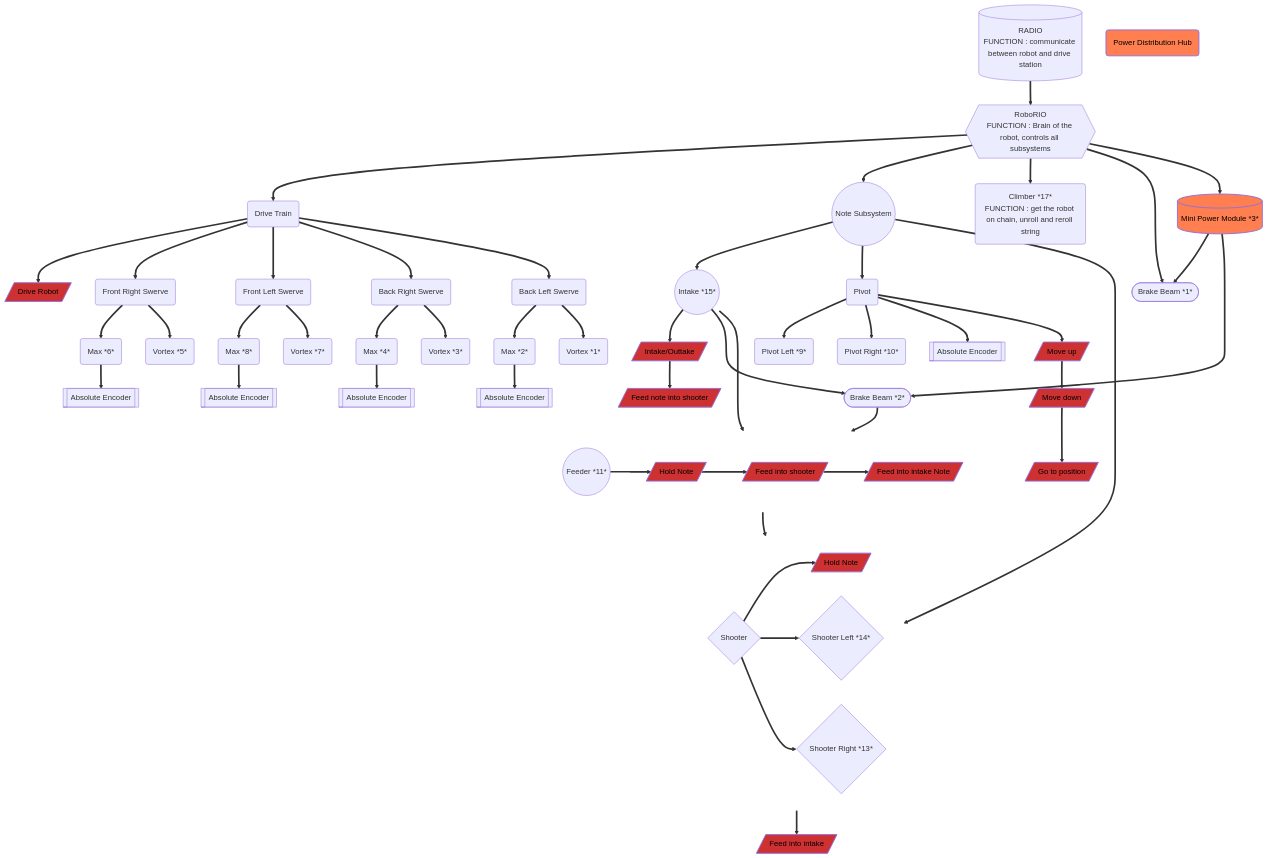
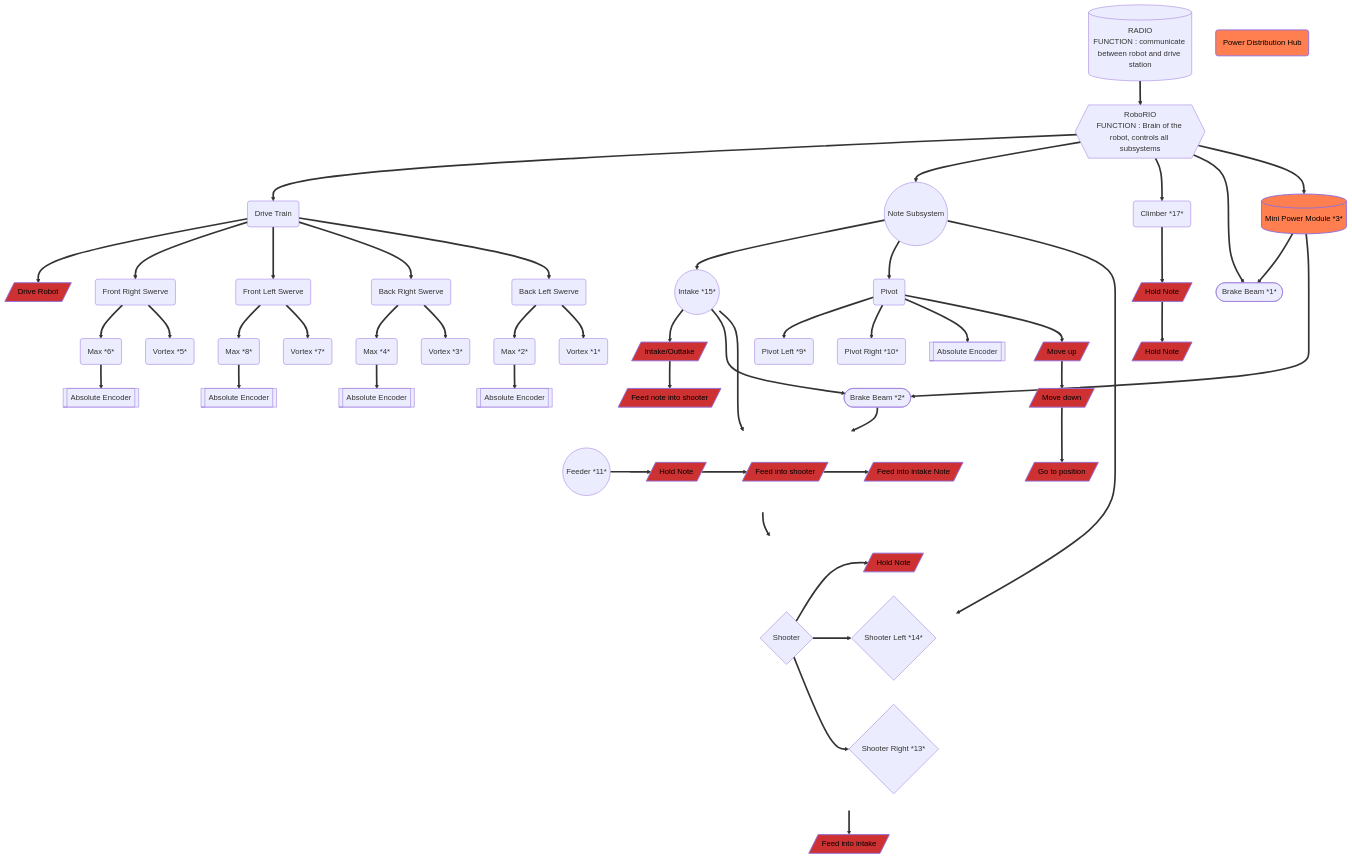
One commit to richardson-area-wide-robotics/Frc24-Crescendo-1745-OffSeason-AdvantageKit changed the diagram in tony_graphs.md. Above: the diagram before and after it, drawn with Mermaid.

````diff
--- a/tony_graphs.md
+++ b/tony_graphs.md
@@ -1,81 +1,84 @@
 ```mermaid
 
 graph TD;
     subgraph invisibleShooterGroup
         direction LR
         ShooterSystem{Shooter};
         ShooterSystem==>FUNCSHOOTER;
         ShooterSystem==>ShooterLeft{Shooter Left *14*};
         ShooterSystem==>ShooterRight{Shooter Right *13*};
     end
 
 subgraph invisibleFeederGroup
         direction LR
         FeederSystem ==>FUNCFEEDER;
         FUNCFEEDER[/Hold Note/] ==>FUNCFEEDER2;
         FUNCFEEDER2[/Feed into shooter/] ==> FUNCFEEDER3;
         FUNCFEEDER3[/Feed into intake Note/];
     end
 
     RoboRIO{{RoboRIO
 FUNCTION : Brain of the robot, controls all subsystems}}==>DriveTrain;
     DriveTrain(Drive Train);
     DriveTrain==>FUNCDRIVE[/Drive Robot/];
     RoboRIO==>NoteSubsystem((Note Subsystem));
     NoteSubsystem==>IntakeSystem((Intake *15*));
     NoteSubsystem==>ShooterSystem;
-    RoboRIO==>ClimberSystem(Climber *17*
-FUNCTION : get the robot on chain, unroll and reroll string);
+    RoboRIO==>ClimberSystem(Climber *17*);
+    ClimberSystem==>FUNCCLIMBER1
     IntakeSystem==>FeederSystem((Feeder *11*))==>ShooterSystem;
     IntakeSystem==>FUNCINTAKE1;
     NoteSubsystem==>PivotSystem(Pivot);
     PivotSystem==>PivotLeft(Pivot Left *9*);
     PivotSystem==>PivotRight(Pivot Right *10*);
     DriveTrain==>FrontRightSwerve(Front Right Swerve);
     DriveTrain==>FrontLeftSwerve(Front Left Swerve);
     DriveTrain==>BackRightSwerve(Back Right Swerve);
     DriveTrain==>BackLeftSwerve(Back Left Swerve);
     FrontRightSwerve==>MaxFR(Max *6*);
     FrontLeftSwerve==>MaxFL(Max *8*);
     BackRightSwerve==>MaxBR(Max *4*);
     BackLeftSwerve==>MaxBL(Max *2*);
     FrontRightSwerve==>VortexFR(Vortex *5*);
     FrontLeftSwerve==>VortexFL(Vortex *7*);
     BackRightSwerve==>VortexBR(Vortex *3*);
     BackLeftSwerve==>VortexBL(Vortex *1*);
     MaxFR==>EncoderFR[[Absolute Encoder]];
     MaxFL==>EncoderFL[[Absolute Encoder]];
     MaxBR==>EncoderBR[[Absolute Encoder]];
     MaxBL==>EncoderBL[[Absolute Encoder]];
     PivotSystem==>PivotEncoder[[Absolute Encoder]];
     IntakeSystem===>BrakeBeamNote([Brake Beam *2*])==>FeederSystem;
     RoboRIO==>ShooterBrakeBeam([Brake Beam *1*]);
     RoboRIO==>MiniPowerModule[(Mini Power Module *3*)]==>ShooterBrakeBeam;
     MiniPowerModule[(Mini Power Module *3*)]==>BrakeBeamNote;
     RADIO[(RADIO
 FUNCTION : communicate between robot and drive station)]==>RoboRIO;
     FUNCINTAKE1[/Intake/Outtake/]==>FUNCINTAKE2;
     FUNCINTAKE2[/Feed note into shooter/];
     FUNCSHOOTER[/Hold Note/] ==>FUNCSHOOTER2;
     FUNCSHOOTER2[/Feed into intake/];
 
+    FUNCCLIMBER1[/Hold Note/]==>FUNCCLIMBER2
+    FUNCCLIMBER2[/Hold Note/]
+
     PivotSystem==>FUNCPIVOT1[/Move up/]==>FUNCPIVOT2;
     FUNCPIVOT2[/Move down/]==>FUNCPIVOT3;
     FUNCPIVOT3[/Go to position/];
 
     PDH(Power Distribution Hub);
 
 
     classDef fuctionStyle fill:#ce3131,stroke-width:2px,color:#000;
-    class FUNCINTAKE1,FUNCINTAKE2,FUNCINTAKE3,FUNCBREAKBEAM,FUNCFEEDER,FUNCFEEDER2,FUNCFEEDER3,FUNCSHOOTER,FUNCSHOOTER2,FUNCSHOOTER3,FUNCDRIVE,FUNCPIVOT1,FUNCPIVOT2,FUNCPIVOT3 fuctionStyle;
+    class FUNCINTAKE1,FUNCINTAKE2,FUNCINTAKE3,FUNCBREAKBEAM,FUNCFEEDER,FUNCFEEDER2,FUNCFEEDER3,FUNCSHOOTER,FUNCSHOOTER2,FUNCSHOOTER3,FUNCDRIVE,FUNCPIVOT1,FUNCPIVOT2,FUNCPIVOT3,FUNCCLIMBER1,FUNCCLIMBER2 fuctionStyle;
 
     classDef invisible fill:none,stroke:none,color:transparent;
     class invisibleShooterGroup,invisibleFeederGroup invisible;
 
     classDef powerStyle fill:#ff7f50,stroke-width:2px,color:#000;
     class PDH,MiniPowerModule powerStyle;
 
     linkStyle default interpolate basis;
 
 
 ```
````
